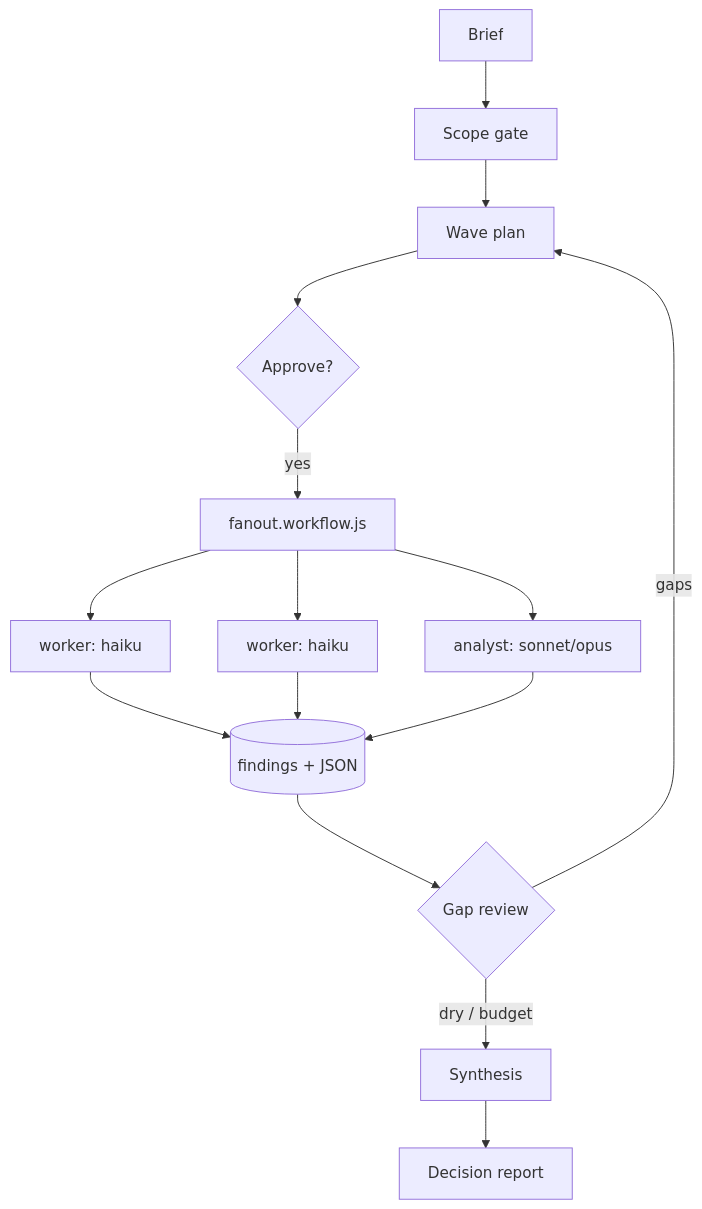
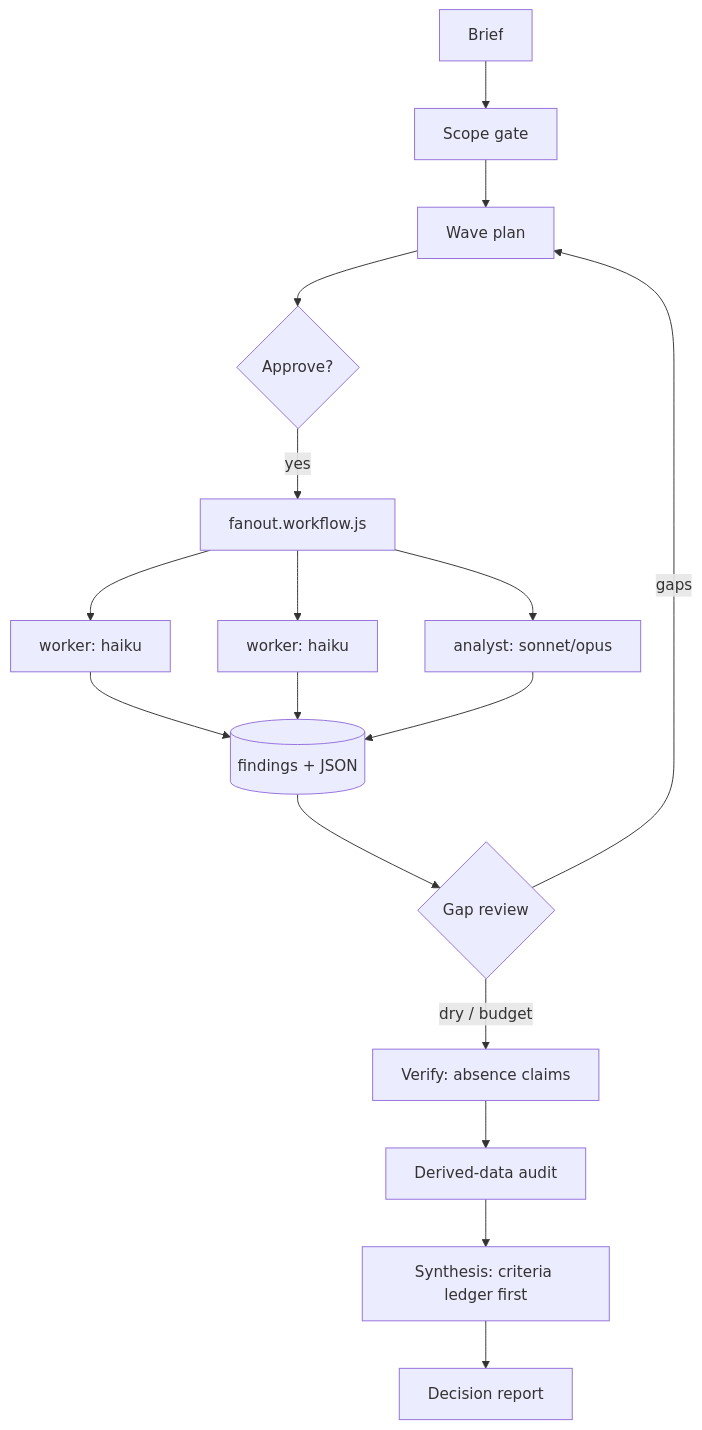
One commit to KirillMaksimov/kai-research changed the diagram in README.md. Above: the diagram before and after it, drawn with Mermaid. The commit also changed other lines of this file and 8 other files, not shown here.

````diff
--- a/README.md
+++ b/README.md
@@ -28,17 +28,19 @@
 ```mermaid
 flowchart TD
     U[Brief] --> G0[Scope gate]
     G0 --> WP[Wave plan]
     WP --> AP{Approve?}
     AP -->|yes| FO[fanout.workflow.js]
     FO --> W1[worker: haiku]
     FO --> W2[worker: haiku]
     FO --> AN[analyst: sonnet/opus]
     W1 --> FF[(findings + JSON)]
     W2 --> FF
     AN --> FF
     FF --> GR{Gap review}
     GR -->|gaps| WP
-    GR -->|dry / budget| SY[Synthesis]
+    GR -->|dry / budget| VF[Verify: absence claims]
+    VF --> DA[Derived-data audit]
+    DA --> SY[Synthesis: criteria ledger first]
     SY --> RP[Decision report]
 ```
````
